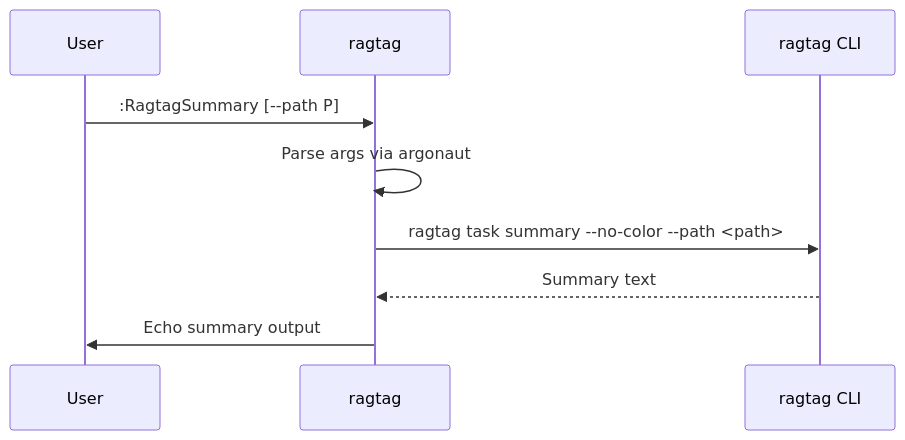
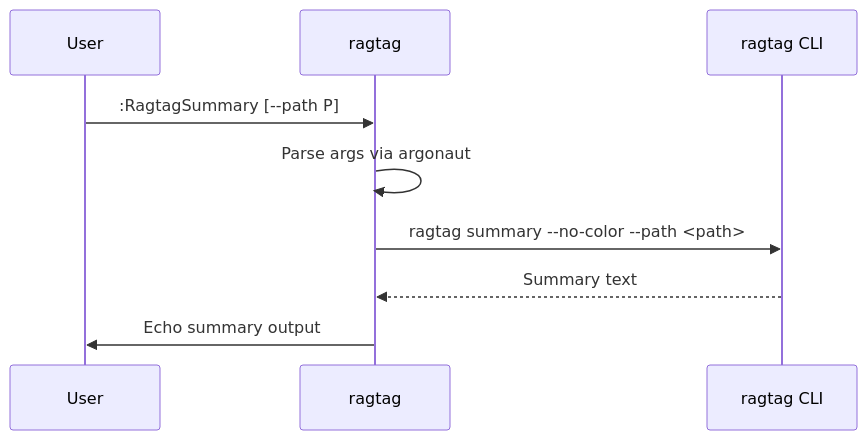
The fourth of 5 diagrams in docs/architecture.md (cwshugg/ragtag.vim), drawn with Mermaid before and after one commit. The commit also changed other lines of this file and 7 other files, not shown here.

Commit message:
updates to tag creation, tag summary, task summary, etc.

````diff
--- a/docs/architecture.md
+++ b/docs/architecture.md
@@ -477,12 +484,12 @@
 ```mermaid
 sequenceDiagram
     participant User
     participant Plugin as ragtag#commands
     participant CLI as ragtag CLI
 
     User->>Plugin: :RagtagSummary [--path P]
     Plugin->>Plugin: Parse args via argonaut
-    Plugin->>CLI: ragtag task summary --no-color --path <path>
+    Plugin->>CLI: ragtag summary --no-color --path <path>
     CLI-->>Plugin: Summary text
     Plugin->>User: Echo summary output
 ```
````
